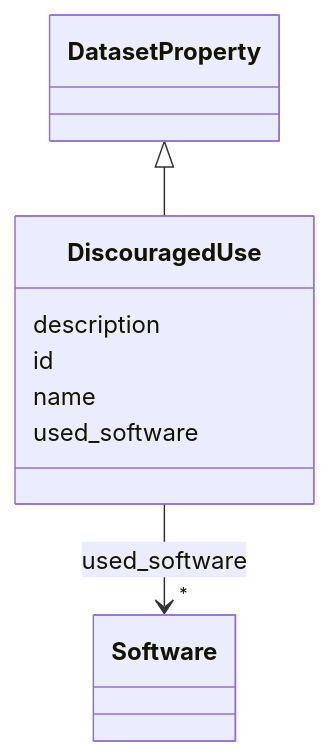
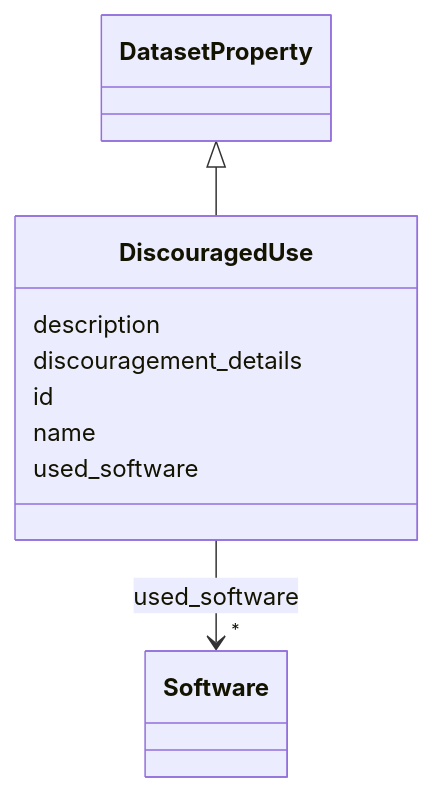
The diagram in docs/DiscouragedUse.md (bridge2ai/data-sheets-schema), drawn with Mermaid before and after one commit. The commit also changed other lines of this file and 682 other files, not shown here.

````diff
--- a/docs/DiscouragedUse.md
+++ b/docs/DiscouragedUse.md
@@ -20,26 +20,28 @@
 ```mermaid
  classDiagram
     class DiscouragedUse
     click DiscouragedUse href "../DiscouragedUse/"
       DatasetProperty <|-- DiscouragedUse
         click DatasetProperty href "../DatasetProperty/"
       
       DiscouragedUse : description
+        
+      DiscouragedUse : discouragement_details
         
       DiscouragedUse : id
         
       DiscouragedUse : name
         
       DiscouragedUse : used_software
         
           
     
         
         
         DiscouragedUse --> "*" Software : used_software
         click Software href "../Software/"
     
 
         
       
 ```
````
